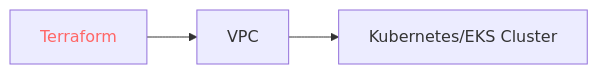
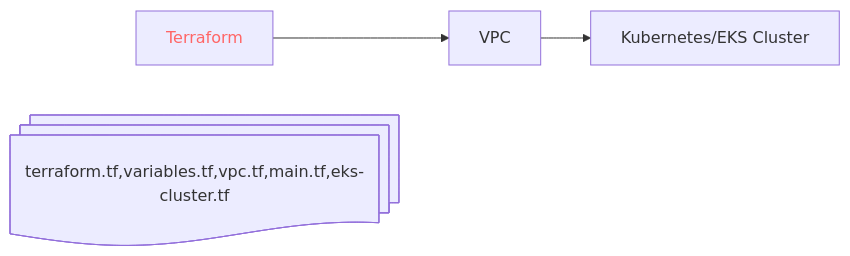
The diagram in README.md (lazyjitsu/gitops-udemy), drawn with Mermaid before and after one commit. The commit also changed other lines of this file, not shown here.

````diff
--- a/README.md
+++ b/README.md
@@ -3,10 +3,10 @@
 ```mermaid
 graph LR;
     Terra["Terraform"]
     VPC["VPC"]
     K8S["Kubernetes/EKS Cluster"]
     Terra --> VPC --> K8S
 
 style Terra color:#f66
-
+A@{ shape: docs, label: "terraform.tf,variables.tf,vpc.tf,main.tf,eks-cluster.tf" }
 ```
````
